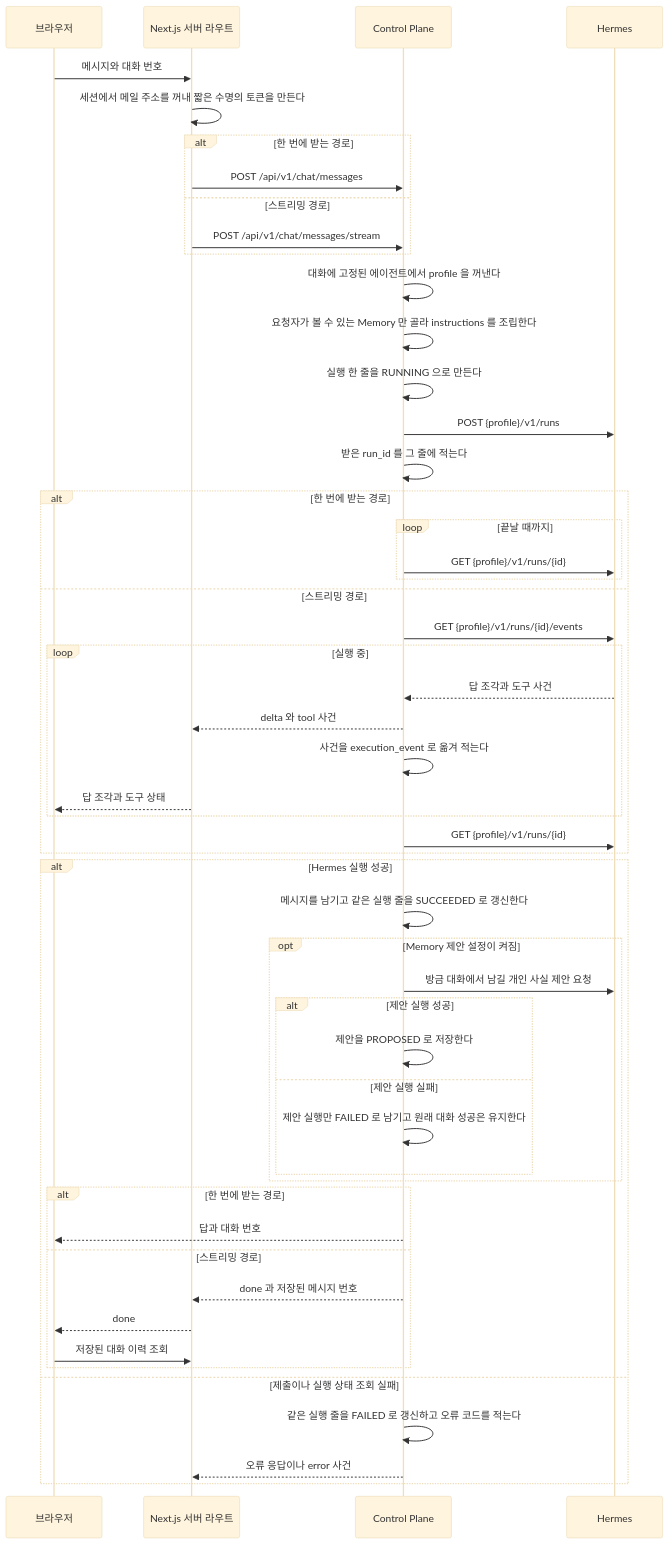
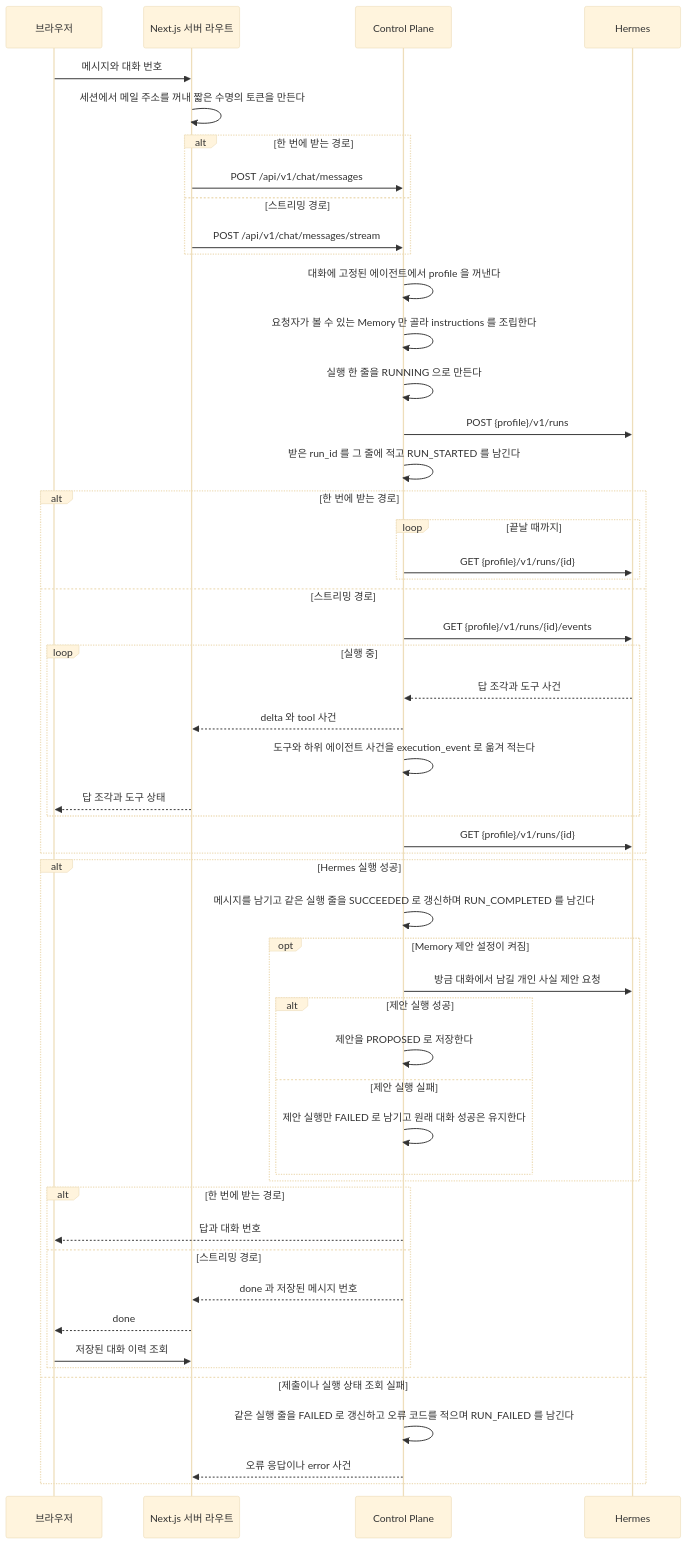
Before and after one commit to jon890/fos-assistant: the first of 3 diagrams in docs/flow.md, drawn with Mermaid (base theme). The commit also changed other lines of this file and 5 other files, not shown here.

````diff
--- a/docs/flow.md
+++ b/docs/flow.md
@@ -8,55 +8,55 @@
 ```mermaid
 sequenceDiagram
     participant B as 브라우저
     participant W as Next.js 서버 라우트
     participant C as Control Plane
     participant H as Hermes
 
     B->>W: 메시지와 대화 번호
     W->>W: 세션에서 메일 주소를 꺼내 짧은 수명의 토큰을 만든다
     alt 한 번에 받는 경로
         W->>C: POST /api/v1/chat/messages
     else 스트리밍 경로
         W->>C: POST /api/v1/chat/messages/stream
     end
     C->>C: 대화에 고정된 에이전트에서 profile 을 꺼낸다
     C->>C: 요청자가 볼 수 있는 Memory 만 골라 instructions 를 조립한다
     C->>C: 실행 한 줄을 RUNNING 으로 만든다
     C->>H: POST {profile}/v1/runs
-    C->>C: 받은 run_id 를 그 줄에 적는다
+    C->>C: 받은 run_id 를 그 줄에 적고 RUN_STARTED 를 남긴다
     alt 한 번에 받는 경로
         loop 끝날 때까지
             C->>H: GET {profile}/v1/runs/{id}
         end
     else 스트리밍 경로
         C->>H: GET {profile}/v1/runs/{id}/events
         loop 실행 중
             H-->>C: 답 조각과 도구 사건
             C-->>W: delta 와 tool 사건
-            C->>C: 사건을 execution_event 로 옮겨 적는다
+            C->>C: 도구와 하위 에이전트 사건을 execution_event 로 옮겨 적는다
             W-->>B: 답 조각과 도구 상태
         end
         C->>H: GET {profile}/v1/runs/{id}
     end
     alt Hermes 실행 성공
-        C->>C: 메시지를 남기고 같은 실행 줄을 SUCCEEDED 로 갱신한다
+        C->>C: 메시지를 남기고 같은 실행 줄을 SUCCEEDED 로 갱신하며 RUN_COMPLETED 를 남긴다
         opt Memory 제안 설정이 켜짐
             C->>H: 방금 대화에서 남길 개인 사실 제안 요청
             alt 제안 실행 성공
                 C->>C: 제안을 PROPOSED 로 저장한다
             else 제안 실행 실패
                 C->>C: 제안 실행만 FAILED 로 남기고 원래 대화 성공은 유지한다
             end
         end
         alt 한 번에 받는 경로
             C-->>B: 답과 대화 번호
         else 스트리밍 경로
             C-->>W: done 과 저장된 메시지 번호
             W-->>B: done
             B->>W: 저장된 대화 이력 조회
         end
     else 제출이나 실행 상태 조회 실패
-        C->>C: 같은 실행 줄을 FAILED 로 갱신하고 오류 코드를 적는다
+        C->>C: 같은 실행 줄을 FAILED 로 갱신하고 오류 코드를 적으며 RUN_FAILED 를 남긴다
         C-->>W: 오류 응답이나 error 사건
     end
 ```
````
